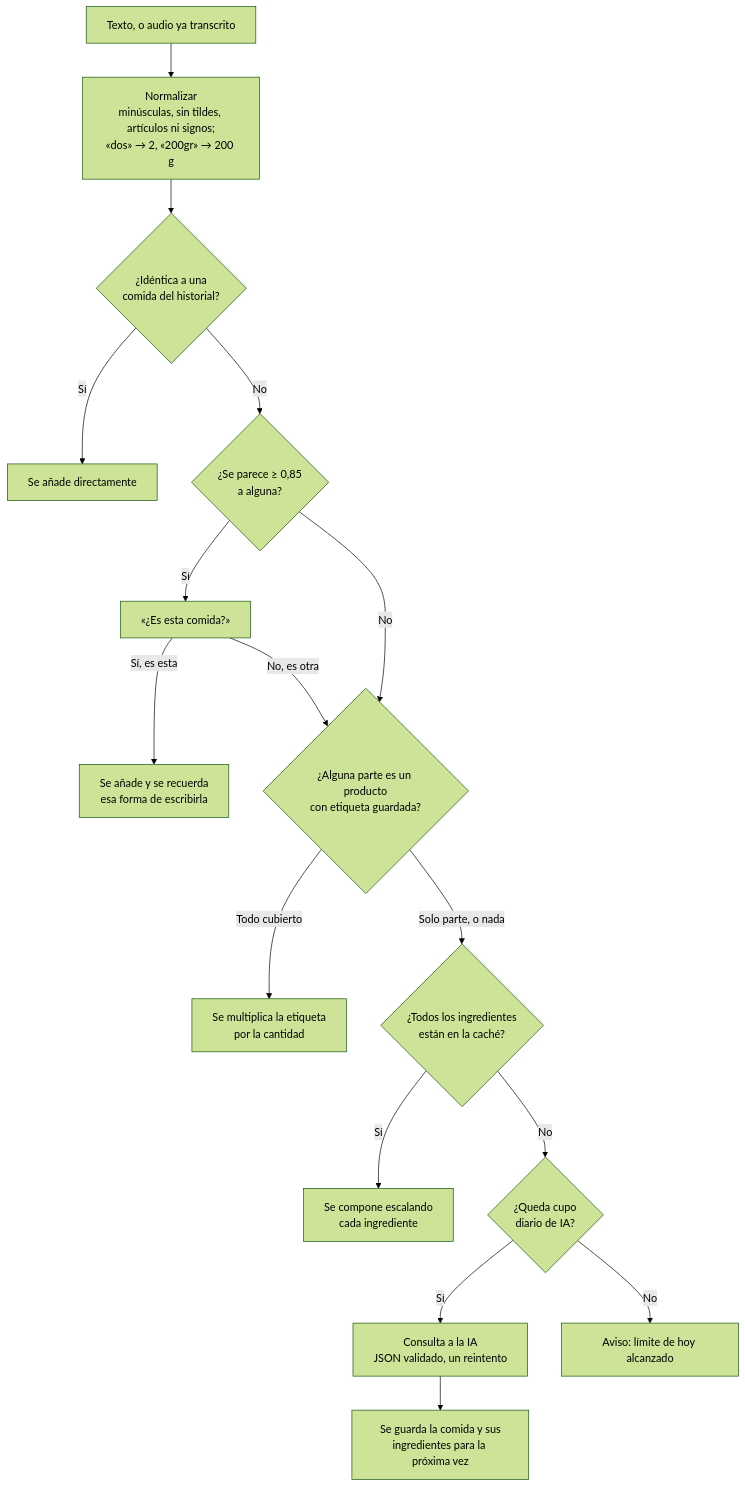
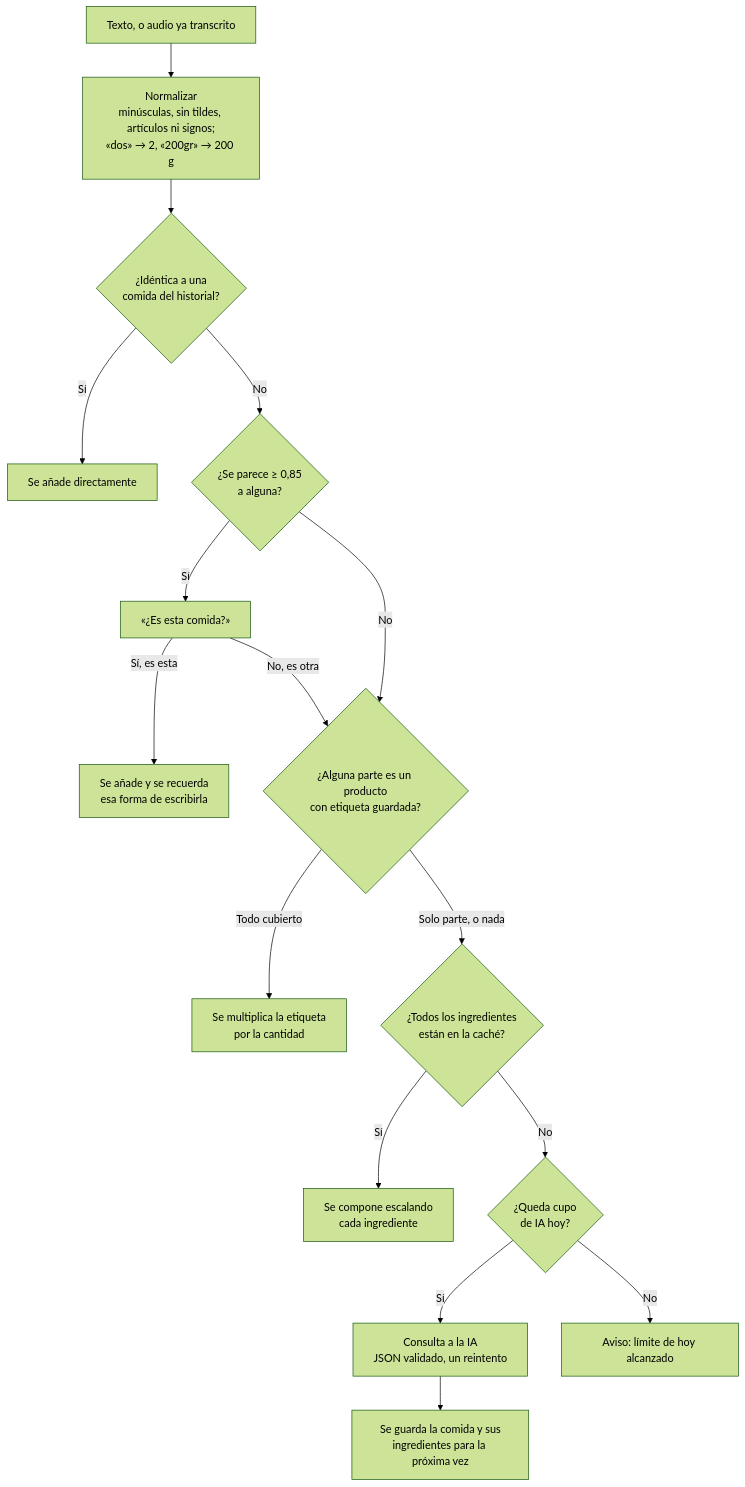
The first of 2 diagrams in README.md (Alvaro-Rovira/kcalia), drawn with Mermaid (forest theme) before and after one commit. The commit also changed other lines of this file and 51 other files, not shown here.

````diff
--- a/README.md
+++ b/README.md
@@ -110,18 +134,18 @@
 ```mermaid
 flowchart TD
     A["Texto, o audio ya transcrito"] --> N["Normalizar<br/>minúsculas, sin tildes, artículos ni signos;<br/>«dos» → 2, «200gr» → 200 g"]
     N --> B{"¿Idéntica a una<br/>comida del historial?"}
     B -- Sí --> OK1["Se añade directamente"]
     B -- No --> C{"¿Se parece ≥ 0,85<br/>a alguna?"}
     C -- Sí --> Q["«¿Es esta comida?»"]
     Q -- "Sí, es esta" --> OK2["Se añade y se recuerda<br/>esa forma de escribirla"]
     Q -- "No, es otra" --> P
     C -- No --> P{"¿Alguna parte es un producto<br/>con etiqueta guardada?"}
     P -- "Todo cubierto" --> OK4["Se multiplica la etiqueta<br/>por la cantidad"]
     P -- "Solo parte, o nada" --> D{"¿Todos los ingredientes<br/>están en la caché?"}
     D -- Sí --> OK3["Se compone escalando<br/>cada ingrediente"]
-    D -- No --> L{"¿Queda cupo<br/>diario de IA?"}
+    D -- No --> L{"¿Queda cupo<br/>de IA hoy?"}
     L -- Sí --> IA["Consulta a la IA<br/>JSON validado, un reintento"]
     L -- No --> STOP["Aviso: límite de hoy alcanzado"]
     IA --> LEARN["Se guarda la comida y sus<br/>ingredientes para la próxima vez"]
 ```
````
